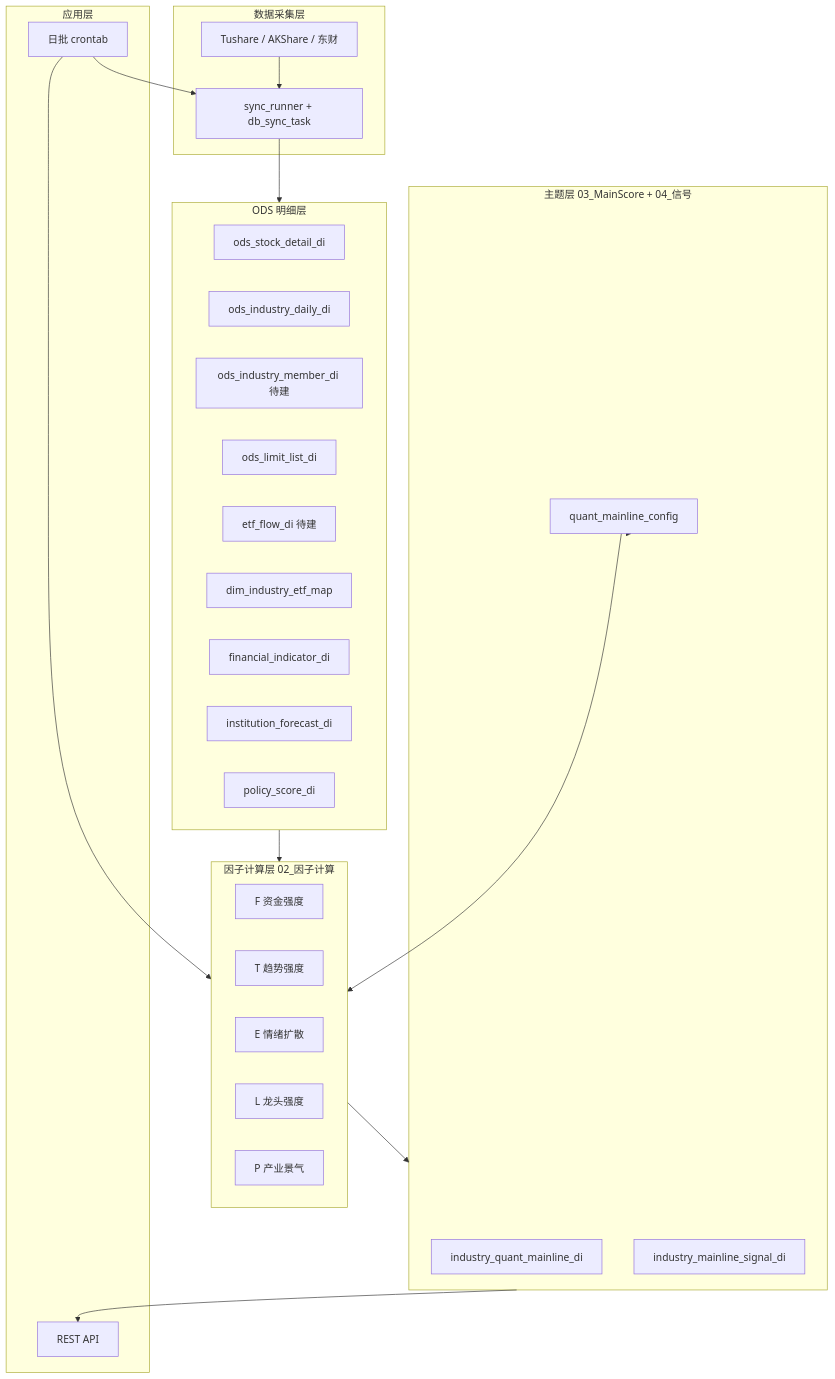
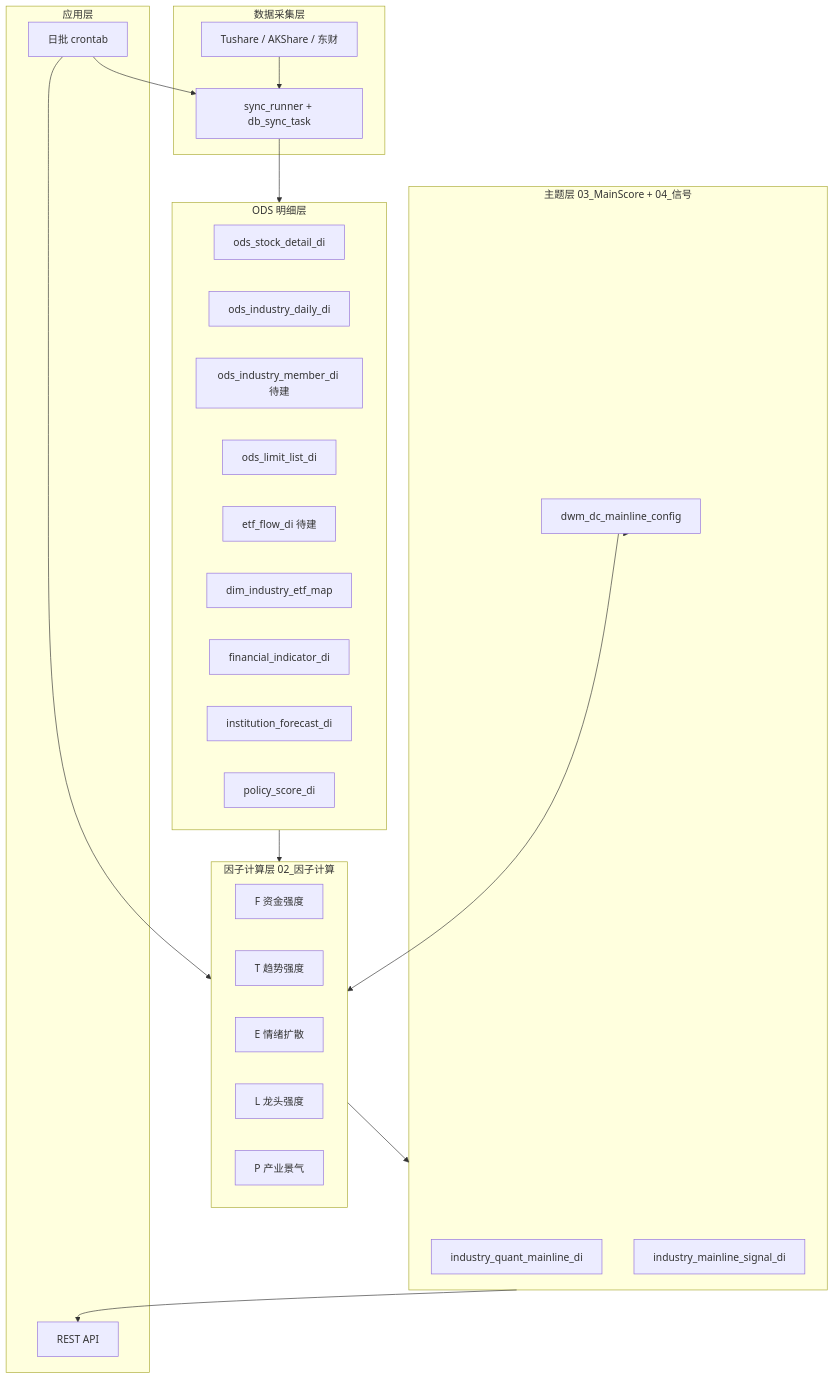
The first of 2 diagrams in 需求整理/需求3-量化主线板块-技术文档.md (jinlujie111/stock_data), drawn with Mermaid before and after one commit. The commit also changed other lines of this file and 16 other files, not shown here.

````diff
--- a/需求整理/需求3-量化主线板块-技术文档.md
+++ b/需求整理/需求3-量化主线板块-技术文档.md
@@ -12,41 +12,41 @@
 ```mermaid
 flowchart TB
     subgraph ingest [数据采集层]
         TS[Tushare / AKShare / 东财]
         SYNC[sync_runner + db_sync_task]
     end
     subgraph ods [ODS 明细层]
         T1[ods_stock_detail_di]
         T2[ods_industry_daily_di]
         T3[ods_industry_member_di 待建]
         T4[ods_limit_list_di]
         T5[etf_flow_di 待建]
         T6[dim_industry_etf_map]
         T7[financial_indicator_di]
         T8[institution_forecast_di]
         T9[policy_score_di]
     end
     subgraph dwd [因子计算层 02_因子计算]
         F[F 资金强度]
         Tm[T 趋势强度]
         E[E 情绪扩散]
         L[L 龙头强度]
         P[P 产业景气]
     end
     subgraph dm [主题层 03_MainScore + 04_信号]
         MS[industry_quant_mainline_di]
         SG[industry_mainline_signal_di]
-        CFG[quant_mainline_config]
+        CFG[dwm_dc_mainline_config]
     end
     subgraph app [应用层]
         API[REST API]
         JOB[日批 crontab]
     end
     TS --> SYNC --> ods
     ods --> dwd --> dm
     dm --> API
     JOB --> SYNC
     JOB --> dwd
     CFG --> dwd
     CFG --> dm
 ```
````
